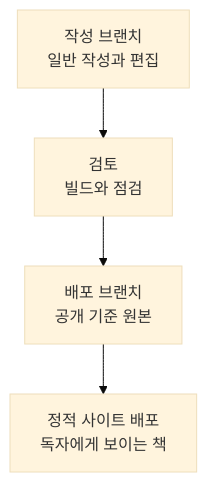
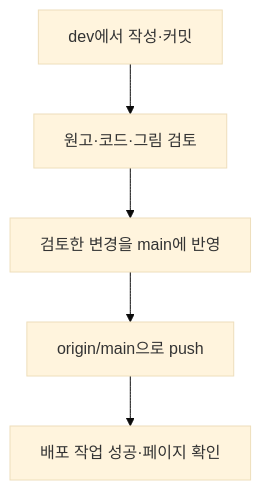
Before and after one commit to devchan64/AiBook: the diagram in docs/assets/part-02/chapter-14/branch-review-deploy-flow-ko.mmd, drawn with Mermaid (base theme). The commit also changed 16 other files, not shown here.

```diff
--- a/docs/assets/part-02/chapter-14/branch-review-deploy-flow-ko.mmd
+++ b/docs/assets/part-02/chapter-14/branch-review-deploy-flow-ko.mmd
@@ -1,7 +1,8 @@
 flowchart TD
-  A["작성 브랜치<br/>일반 작성과 편집"]
-  B["검토<br/>빌드와 점검"]
-  C["배포 브랜치<br/>공개 기준 원본"]
-  D["정적 사이트 배포<br/>독자에게 보이는 책"]
+  A["dev에서 작성·커밋"]
+  B["원고·코드·그림 검토"]
+  C["검토한 변경을 main에 반영"]
+  D["origin/main으로 push"]
+  E["배포 작업 성공·페이지 확인"]
 
-  A --> B --> C --> D
+  A --> B --> C --> D --> E
```
